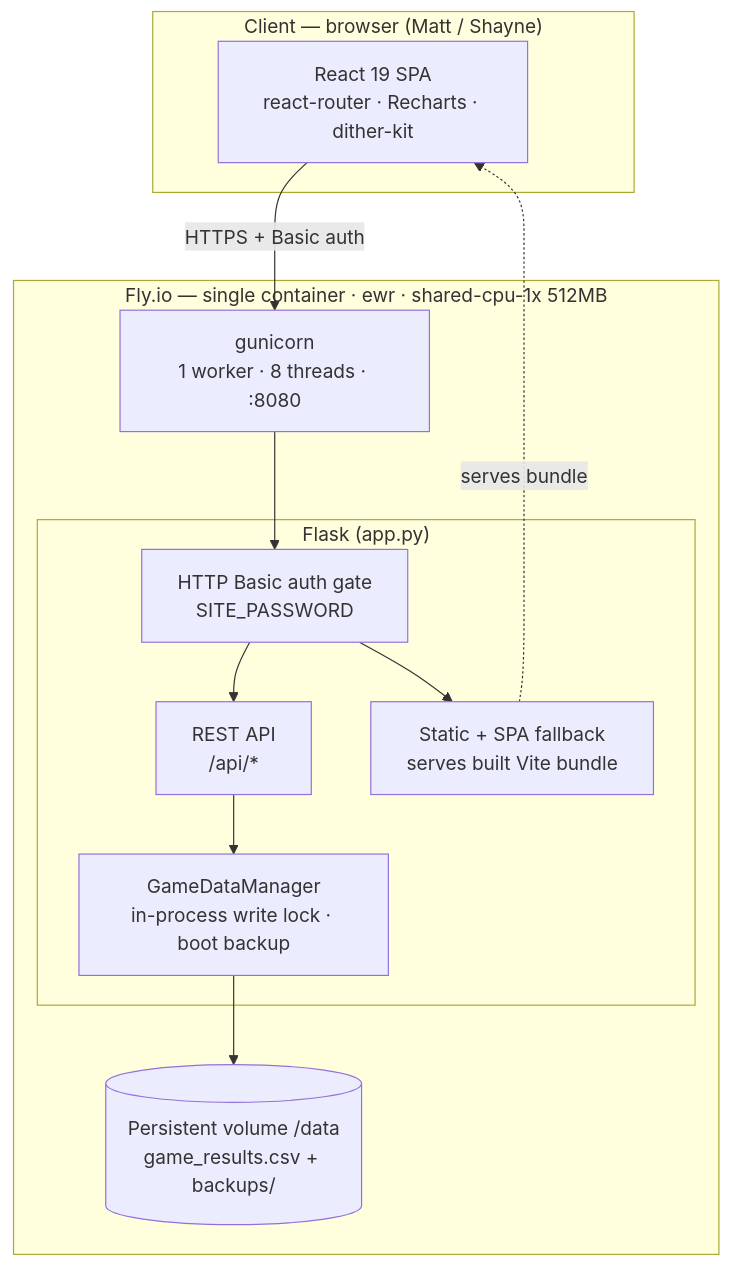
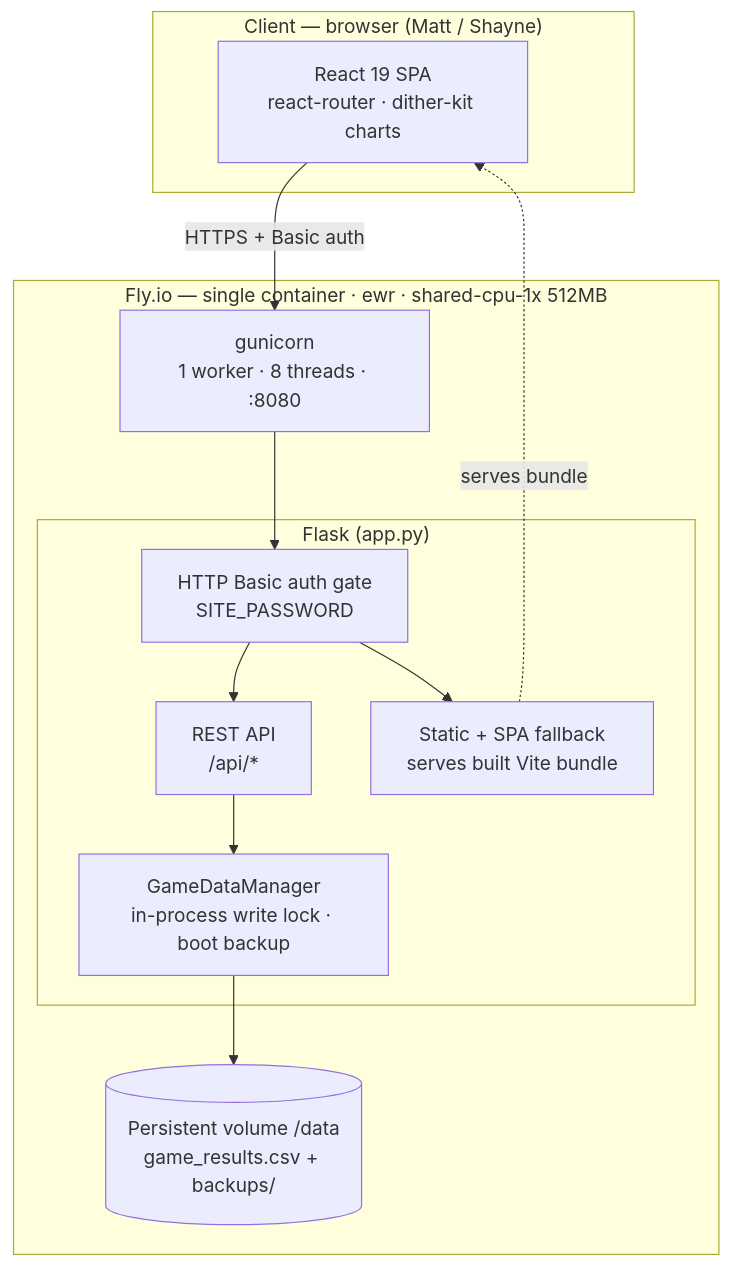
Before and after one commit to 0xHarrington/ssbu-match-logging: the first of 2 diagrams in README.md, drawn with Mermaid. The commit also changed other lines of this file and 1 other file, not shown here.

Commit message:
docs: dither-kit adoption (README stack/diagram, ROADMAP §5 shipped)

````diff
--- a/README.md
+++ b/README.md
@@ -19,25 +19,25 @@
 ```mermaid
 flowchart TB
     subgraph client["Client — browser (Matt / Shayne)"]
-        SPA["React 19 SPA<br/>react-router · Recharts · dither-kit"]
+        SPA["React 19 SPA<br/>react-router · dither-kit charts"]
     end
 
     subgraph fly["Fly.io — single container · ewr · shared-cpu-1x 512MB"]
         GU["gunicorn<br/>1 worker · 8 threads · :8080"]
         subgraph flask["Flask (app.py)"]
             AUTH["HTTP Basic auth gate<br/>SITE_PASSWORD"]
             API["REST API<br/>/api/*"]
             STATIC["Static + SPA fallback<br/>serves built Vite bundle"]
             DM["GameDataManager<br/>in-process write lock · boot backup"]
         end
         VOL[("Persistent volume /data<br/>game_results.csv + backups/")]
     end
 
     SPA -->|"HTTPS + Basic auth"| GU
     GU --> AUTH
     AUTH --> API
     AUTH --> STATIC
     API --> DM
     DM --> VOL
     STATIC -.serves bundle.-> SPA
 ```
````
